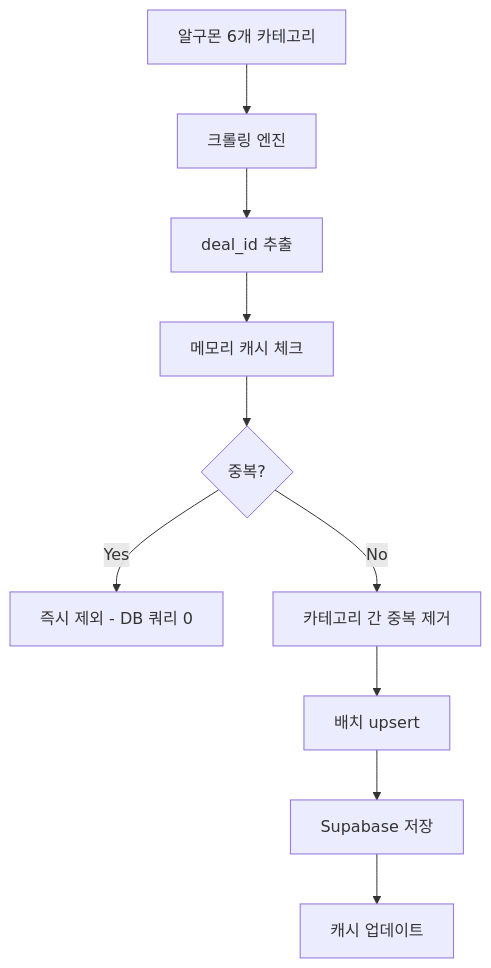
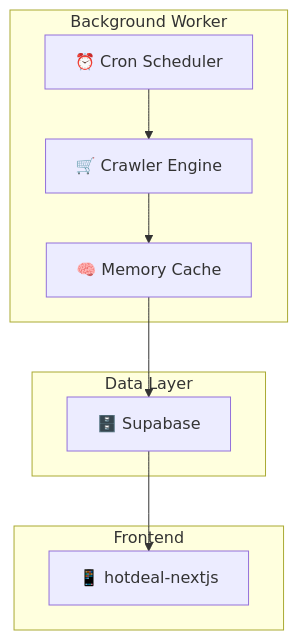
One commit to hwangjun/algumon-crawler changed the diagram in README.md. Above: the diagram before and after it, drawn with Mermaid. The commit also changed other lines of this file, not shown here.

First line of the commit message:
📚 README v3.0 Background Worker 메인 승격

````diff
--- a/README.md
+++ b/README.md
@@ -47,12 +42,21 @@
 ```mermaid
 graph TD
-    A[알구몬 6개 카테고리] --> B[크롤링 엔진]
-    B --> C[deal_id 추출]
-    C --> D[메모리 캐시 체크]
-    D --> E{중복?}
-    E -->|Yes| F[즉시 제외 - DB 쿼리 0]
-    E -->|No| G[카테고리 간 중복 제거]
-    G --> H[배치 upsert]
-    H --> I[Supabase 저장]
-    I --> J[캐시 업데이트]
+    A[⏰ Cron Scheduler] --> B[🛒 Crawler Engine]
+    B --> C[🧠 Memory Cache]
+    C --> D[🗄️ Supabase]
+    D --> E[📱 hotdeal-nextjs]
+    
+    subgraph "Background Worker"
+        A
+        B
+        C
+    end
+    
+    subgraph "Data Layer"
+        D
+    end
+    
+    subgraph "Frontend"
+        E
+    end
 ```
````
